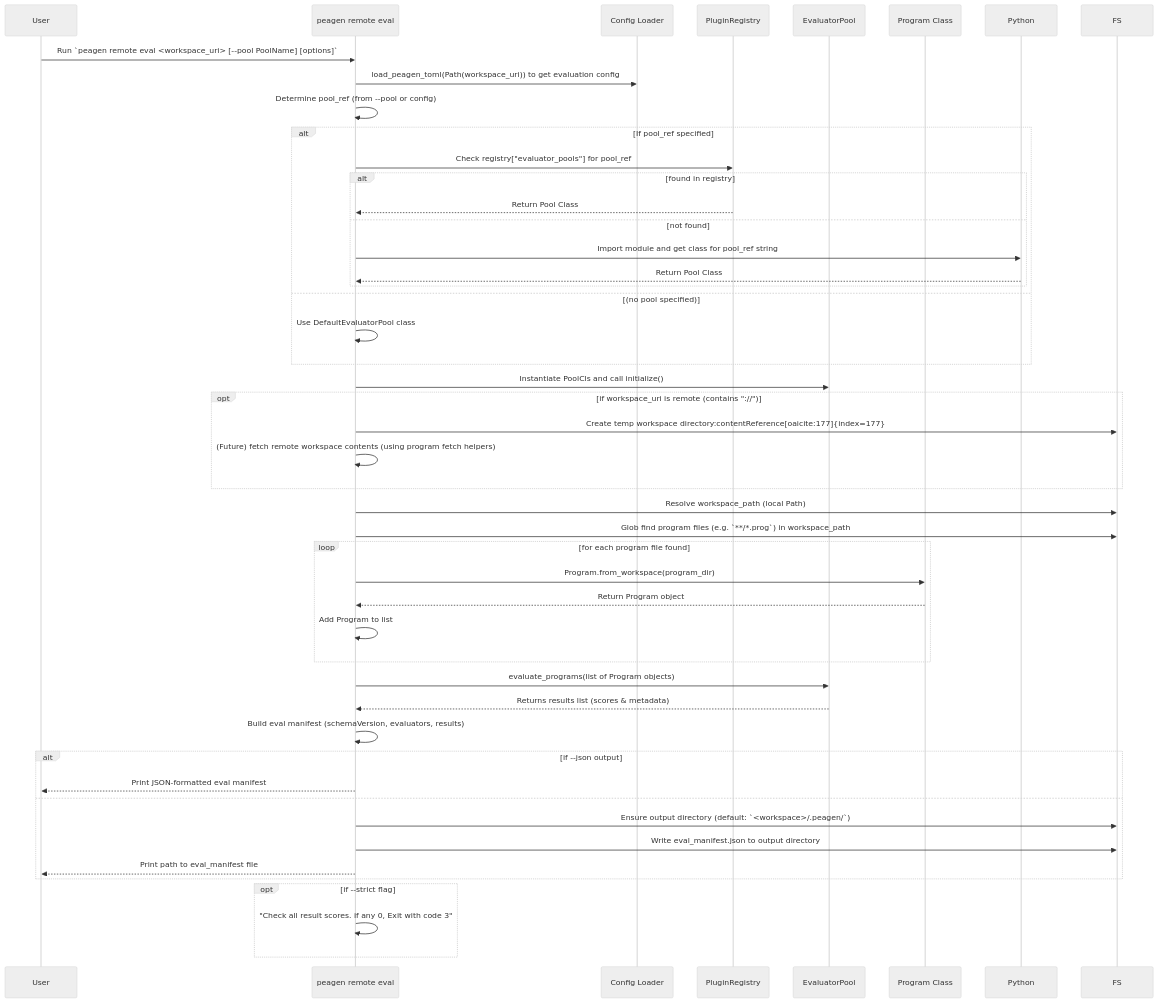
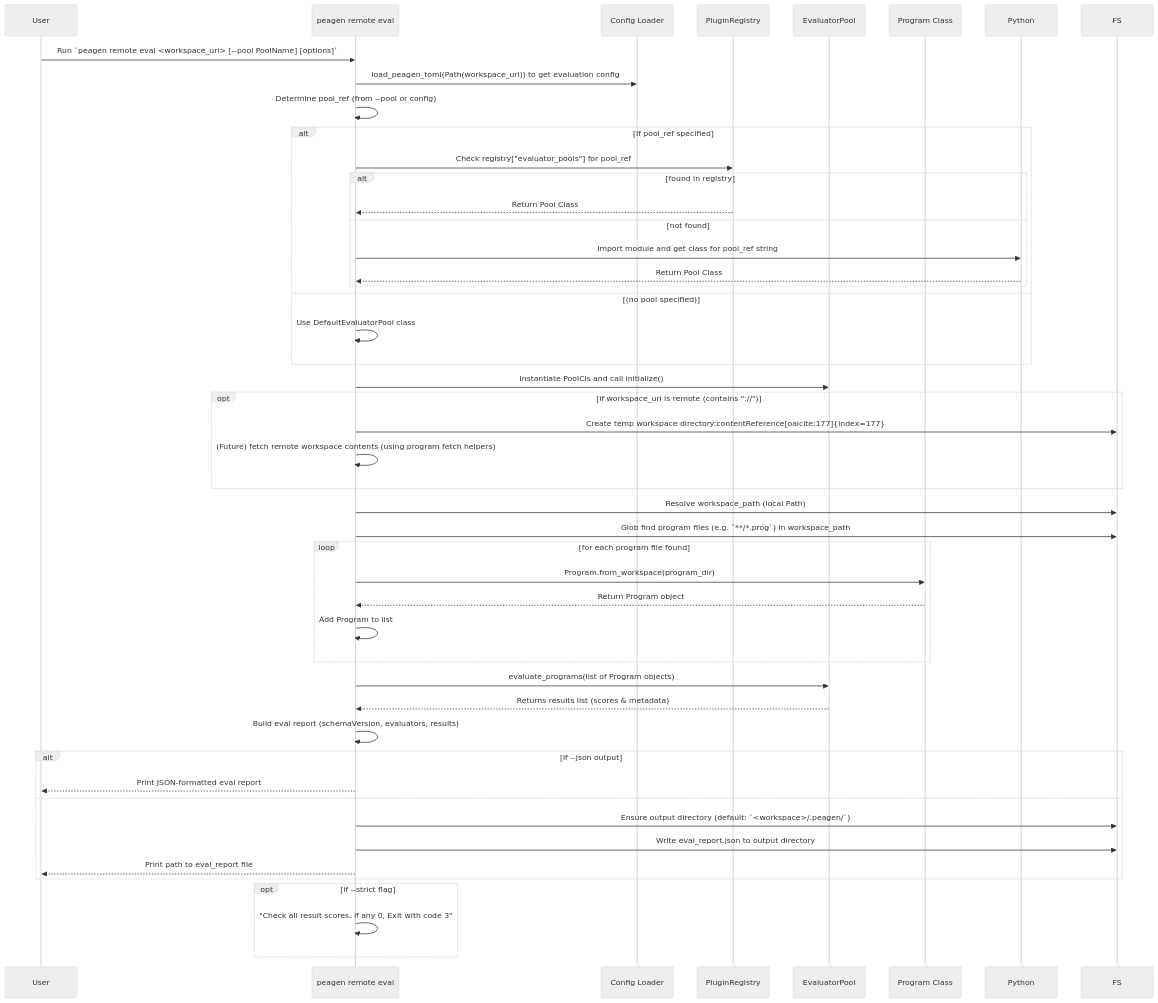
Before and after one commit to swarmauri/swarmauri-sdk: the diagram in pkgs/standards/peagen/docs/call_flows/peagen_eval_remote.mmd, drawn with Mermaid (neutral theme). The commit also changed 35 other files, not shown here.

```diff
--- a/pkgs/standards/peagen/docs/call_flows/peagen_eval_remote.mmd
+++ b/pkgs/standards/peagen/docs/call_flows/peagen_eval_remote.mmd
@@ -1,46 +1,46 @@
 sequenceDiagram
     participant User
     participant CLI as peagen remote eval
     participant Config as Config Loader
     participant Reg as PluginRegistry
     participant Pool as EvaluatorPool
     participant Prog as Program Class
     User ->> CLI: Run `peagen remote eval <workspace_uri> [--pool PoolName] [options]`
     CLI ->> Config: load_peagen_toml(Path(workspace_uri)) to get evaluation config
     CLI ->> CLI: Determine pool_ref (from --pool or config)
     alt If pool_ref specified
         CLI ->> Reg: Check registry["evaluator_pools"] for pool_ref
         alt found in registry
             Reg -->> CLI: Return Pool Class
         else not found
             CLI ->> Python: Import module and get class for pool_ref string
             Python -->> CLI: Return Pool Class
         end
     else (no pool specified)
         CLI ->> CLI: Use DefaultEvaluatorPool class
     end
     CLI ->> Pool: Instantiate PoolCls and call initialize()
     opt if workspace_uri is remote (contains "://")
         CLI ->> FS: Create temp workspace directory:contentReference[oaicite:177]{index=177}
         CLI ->> CLI: (Future) fetch remote workspace contents (using program fetch helpers)
     end
     CLI ->> FS: Resolve workspace_path (local Path)
     CLI ->> FS: Glob find program files (e.g. `**/*.prog`) in workspace_path
     loop for each program file found
         CLI ->> Prog: Program.from_workspace(program_dir)
         Prog -->> CLI: Return Program object
         CLI ->> CLI: Add Program to list
     end
     CLI ->> Pool: evaluate_programs(list of Program objects)
     Pool -->> CLI: Returns results list (scores & metadata)
-    CLI ->> CLI: Build eval manifest (schemaVersion, evaluators, results)
+    CLI ->> CLI: Build eval report (schemaVersion, evaluators, results)
     alt if --json output
-        CLI -->> User: Print JSON-formatted eval manifest
+        CLI -->> User: Print JSON-formatted eval report
     else
         CLI ->> FS: Ensure output directory (default: `<workspace>/.peagen/`)
-        CLI ->> FS: Write eval_manifest.json to output directory
-        CLI -->> User: Print path to eval_manifest file
+        CLI ->> FS: Write eval_report.json to output directory
+        CLI -->> User: Print path to eval_report file
     end
     opt if --strict flag
         CLI ->> CLI: "Check all result scores. if any 0, Exit with code 3"
     end
```
